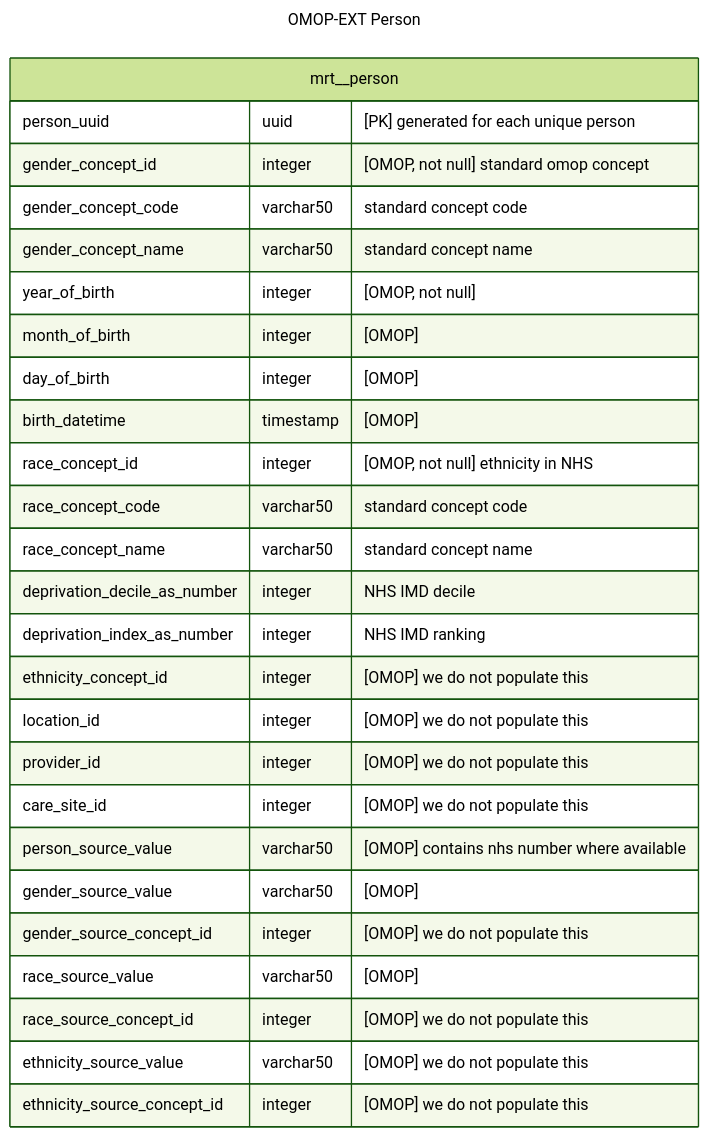
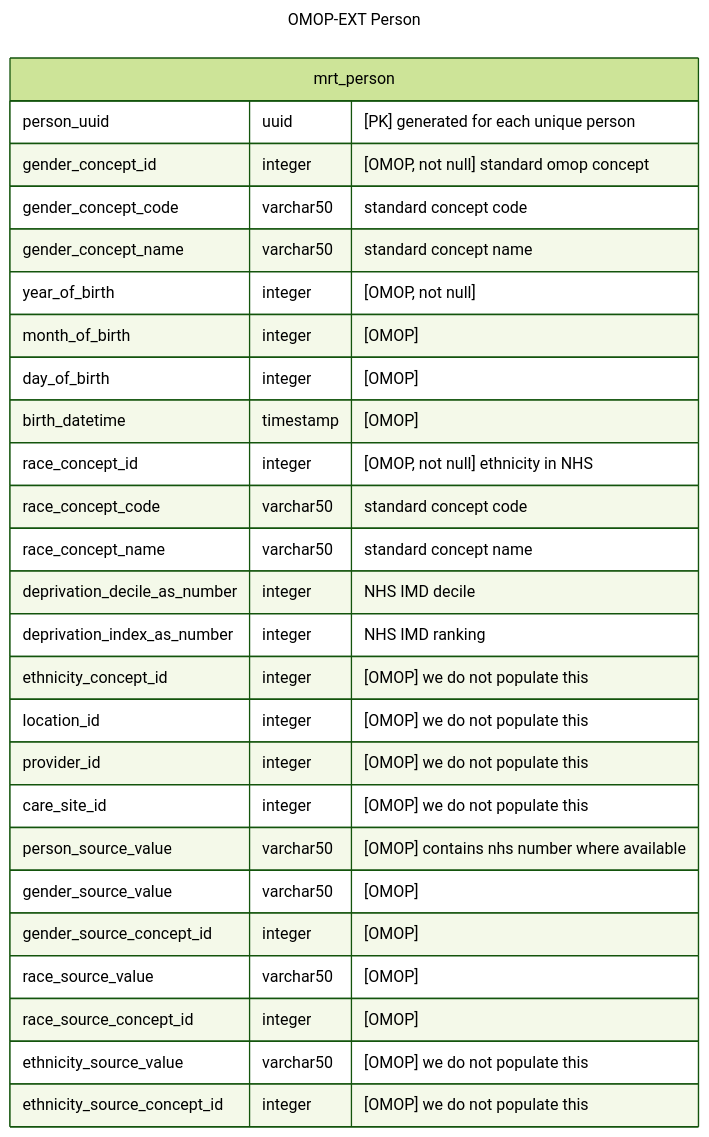
Before and after one commit to d3london/sde_aic_external_docs: the fourth of 5 diagrams in src/pages/data_model/cdm_person.qmd, drawn with Mermaid (forest theme).

````diff
--- a/src/pages/data_model/cdm_person.qmd
+++ b/src/pages/data_model/cdm_person.qmd
@@ -124,32 +124,32 @@
 ```{mermaid}
 ---
 title: OMOP-EXT Person
 ---
 erDiagram
-    mrt__person {
+    mrt_person {
         person_uuid uuid "[PK] generated for each unique person"
         gender_concept_id integer "[OMOP, not null] standard omop concept"
         gender_concept_code varchar50 "standard concept code"
         gender_concept_name varchar50 "standard concept name"
         year_of_birth integer "[OMOP, not null]"
         month_of_birth integer "[OMOP]"
         day_of_birth integer "[OMOP]"
         birth_datetime timestamp "[OMOP]"
         race_concept_id integer "[OMOP, not null] ethnicity in NHS"
         race_concept_code varchar50 "standard concept code"
         race_concept_name varchar50 "standard concept name"
         deprivation_decile_as_number integer "NHS IMD decile"       
         deprivation_index_as_number integer "NHS IMD ranking"
         ethnicity_concept_id integer "[OMOP] we do not populate this"
         location_id integer "[OMOP] we do not populate this"
         provider_id integer "[OMOP] we do not populate this"
         care_site_id integer "[OMOP] we do not populate this"
         person_source_value varchar50 "[OMOP] contains nhs number where available"
         gender_source_value varchar50 "[OMOP]"
-        gender_source_concept_id integer "[OMOP] we do not populate this"
+        gender_source_concept_id integer "[OMOP]"
         race_source_value varchar50 "[OMOP]"
-        race_source_concept_id integer "[OMOP] we do not populate this"
+        race_source_concept_id integer "[OMOP]"
         ethnicity_source_value varchar50 "[OMOP] we do not populate this"
         ethnicity_source_concept_id integer "[OMOP] we do not populate this"   
     }
 ```
````
